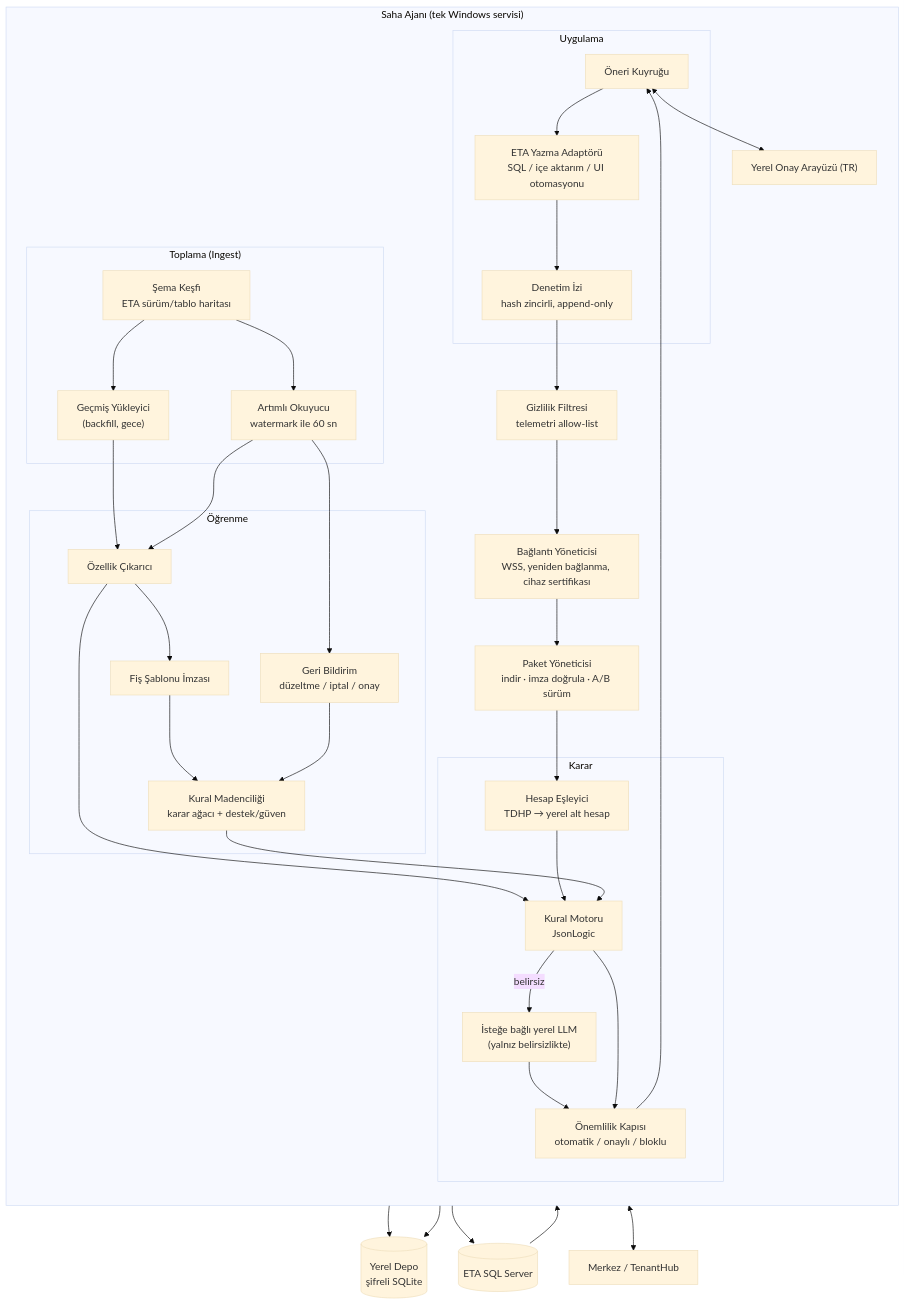
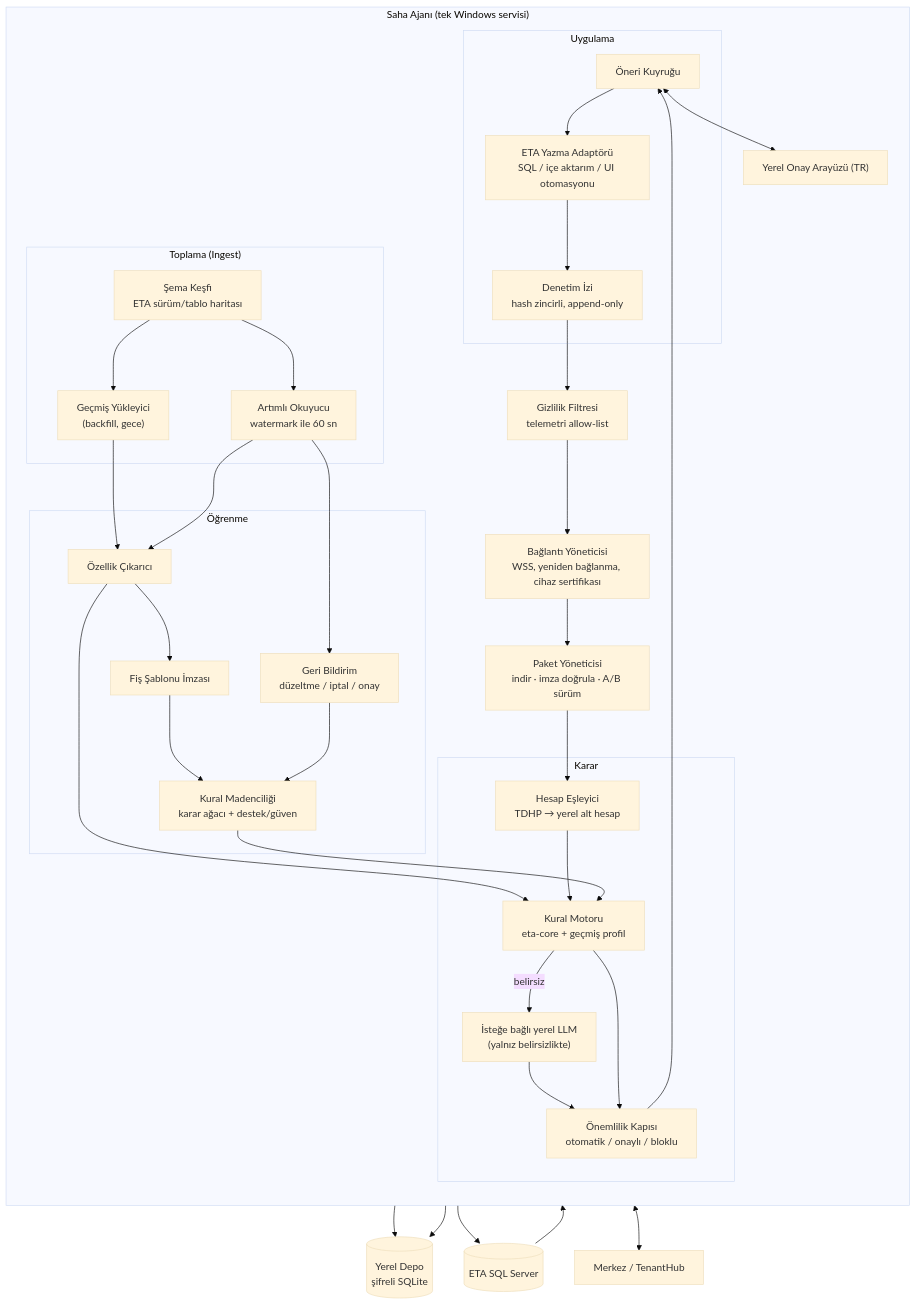
Before and after one commit to kaosarchitecture/kimici: the second of 7 diagrams in docs/architecture.md, drawn with Mermaid (base theme). The commit also changed other lines of this file and 6 other files, not shown here.

First line of the commit message:
docs: refine DENK method from office archive and resolve ETA schema unknowns

````diff
--- a/docs/architecture.md
+++ b/docs/architecture.md
@@ -91,56 +91,56 @@
 ```mermaid
 flowchart TB
     subgraph AGENT["Saha Ajanı (tek Windows servisi)"]
         direction TB
         CONN["Bağlantı Yöneticisi<br/>WSS, yeniden bağlanma, cihaz sertifikası"]
         UPD["Paket Yöneticisi<br/>indir · imza doğrula · A/B sürüm"]
 
         subgraph ING["Toplama (Ingest)"]
             DISC["Şema Keşfi<br/>ETA sürüm/tablo haritası"]
             BF["Geçmiş Yükleyici<br/>(backfill, gece)"]
             INC["Artımlı Okuyucu<br/>watermark ile 60 sn"]
         end
 
         subgraph LEARN["Öğrenme"]
             FE["Özellik Çıkarıcı"]
             SIG["Fiş Şablonu İmzası"]
             MINE["Kural Madenciliği<br/>karar ağacı + destek/güven"]
             FB["Geri Bildirim<br/>düzeltme / iptal / onay"]
         end
 
         subgraph DECIDE["Karar"]
             MAP["Hesap Eşleyici<br/>TDHP → yerel alt hesap"]
-            ENG["Kural Motoru<br/>JsonLogic"]
+            ENG["Kural Motoru<br/>eta-core + geçmiş profil"]
             LLM["İsteğe bağlı yerel LLM<br/>(yalnız belirsizlikte)"]
             GATE["Önemlilik Kapısı<br/>otomatik / onaylı / bloklu"]
         end
 
         subgraph ACT["Uygulama"]
             Q["Öneri Kuyruğu"]
             WR["ETA Yazma Adaptörü<br/>SQL / içe aktarım / UI otomasyonu"]
             AUD["Denetim İzi<br/>hash zincirli, append-only"]
         end
 
         PF["Gizlilik Filtresi<br/>telemetri allow-list"]
         LUI["Yerel Onay Arayüzü (TR)"]
     end
 
     ETA[("ETA SQL Server")]
     LS[("Yerel Depo<br/>şifreli SQLite")]
     HUB["Merkez / TenantHub"]
 
     ETA --> DISC --> BF & INC
     BF & INC --> FE --> SIG --> MINE --> LS
     FE --> ENG
     UPD --> MAP --> ENG
     MINE --> ENG
     ENG -- "belirsiz" --> LLM --> GATE
     ENG --> GATE --> Q
     Q <--> LUI
     Q --> WR --> ETA
     WR --> AUD --> LS
     INC --> FB --> MINE
     CONN <--> HUB
     CONN --> UPD
     AUD --> PF --> CONN
 ```
````
